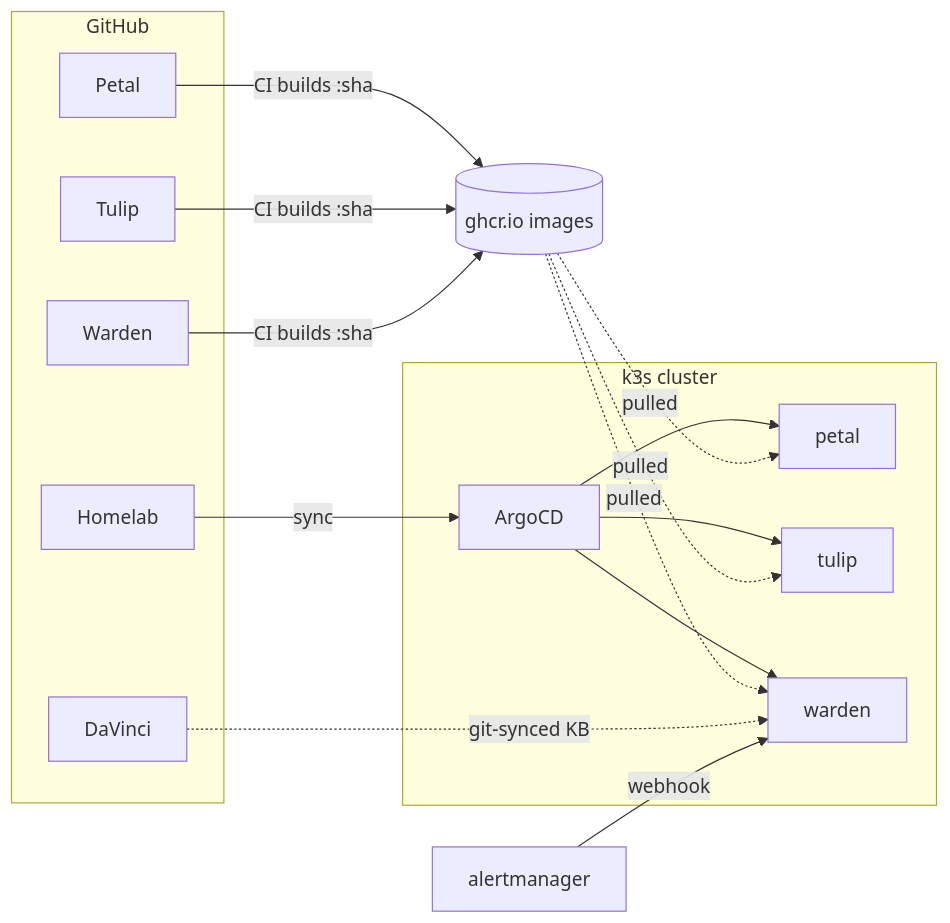
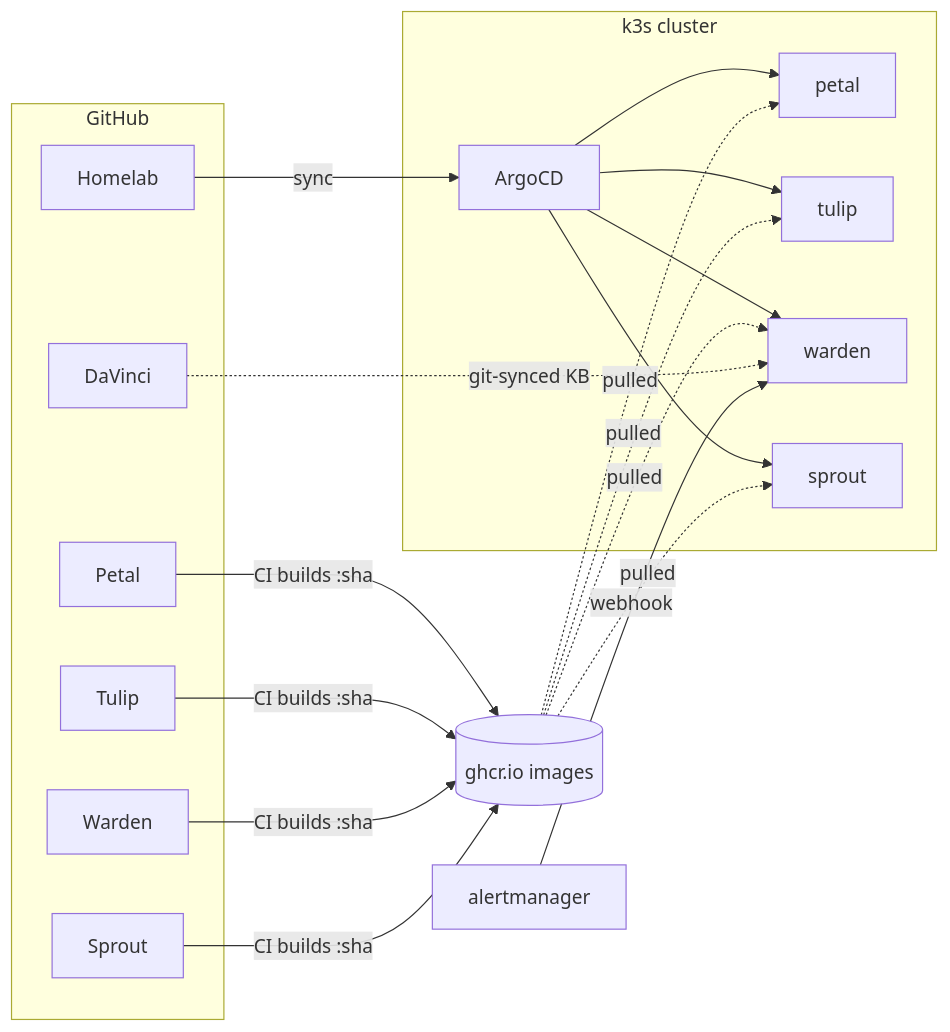
The first of 2 diagrams in README.md (Blacklotus89898/Homelab), drawn with Mermaid before and after one commit. The commit also changed other lines of this file, not shown here.

````diff
--- a/README.md
+++ b/README.md
@@ -22,23 +25,25 @@
 ```mermaid
 flowchart LR
   subgraph GH["GitHub"]
     HL[Homelab]
     PE[Petal]
     TU[Tulip]
     WA[Warden]
     DV[DaVinci]
+    SP[Sprout]
   end
   GHCR[(ghcr.io images)]
   subgraph K3S["k3s cluster"]
     AR[ArgoCD]
     PEs[petal]
     TUs[tulip]
     WAs[warden]
+    SPs[sprout]
   end
-  PE & TU & WA -->|CI builds :sha| GHCR
+  PE & TU & WA & SP -->|CI builds :sha| GHCR
   HL -->|sync| AR
-  AR --> PEs & TUs & WAs
-  GHCR -.->|pulled| PEs & TUs & WAs
+  AR --> PEs & TUs & WAs & SPs
+  GHCR -.->|pulled| PEs & TUs & WAs & SPs
   DV -.->|git-synced KB| WAs
   AM[alertmanager] -->|webhook| WAs
 ```
````
